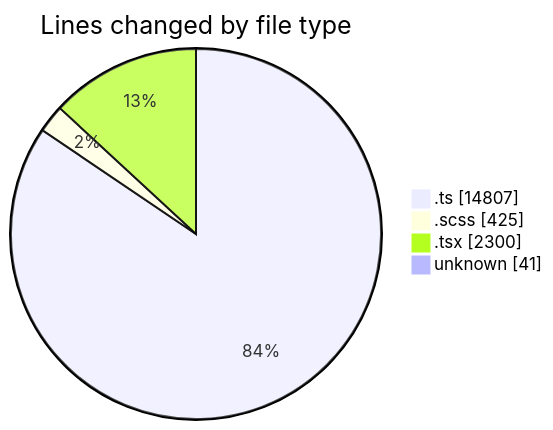
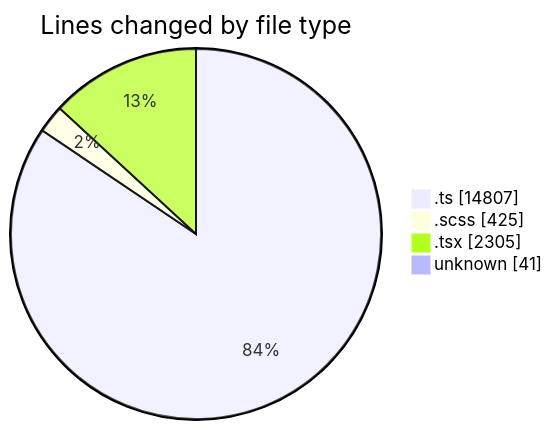
Before and after one commit to momahboobian/code-tracking: the first of 2 diagrams in 2025-08-27/cda/README.md, drawn with Mermaid. The commit also changed other lines of this file and 1 other file, not shown here.

````diff
--- a/2025-08-27/cda/README.md
+++ b/2025-08-27/cda/README.md
@@ -34,8 +34,8 @@
 ```mermaid
 pie showData
 title Lines changed by file type
 ".ts" : 14807
 ".scss" : 425
-".tsx" : 2300
+".tsx" : 2305
 "unknown" : 41
 ```
````
